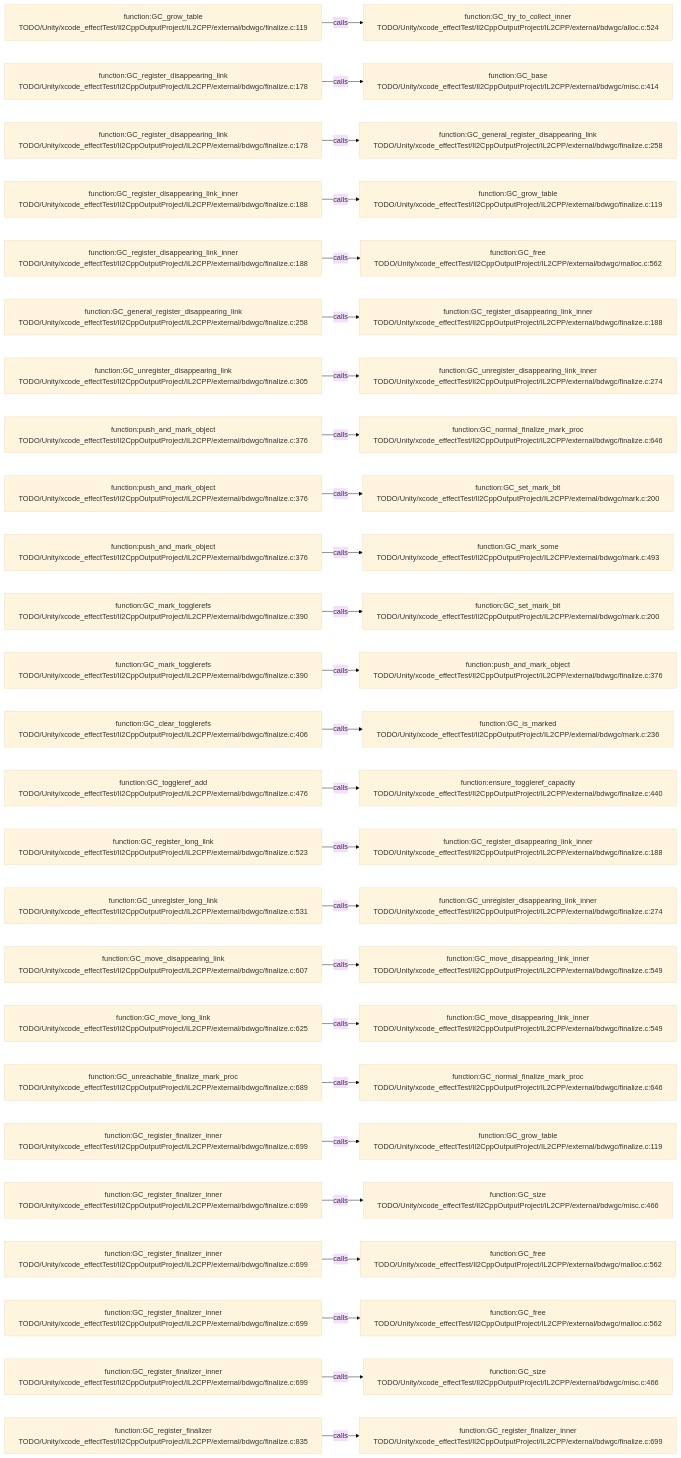
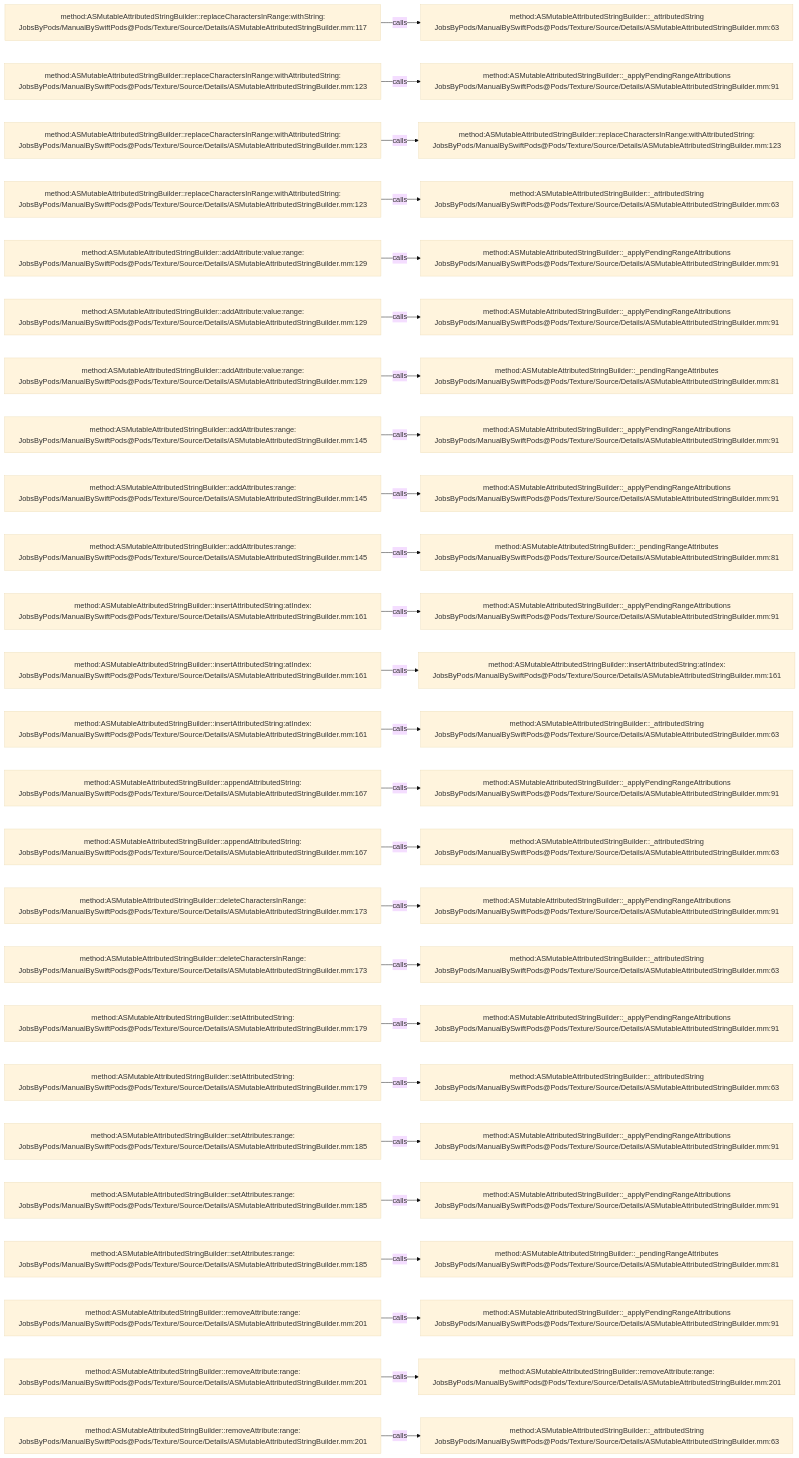
The diagram in .codegraph/codegraph.md/graphs/calls-109.md (JobsKits/JobsSwiftBaseConfigDemo), drawn with Mermaid (base theme) before and after one commit. The commit also changed 2959 other files, not shown here.

````diff
--- a/.codegraph/codegraph.md/graphs/calls-109.md
+++ b/.codegraph/codegraph.md/graphs/calls-109.md
@@ -13,78 +13,78 @@
 ```mermaid
 flowchart LR
-  S1["function:GC_grow_table<br/>TODO/Unity/xcode_effectTest/Il2CppOutputProject/IL2CPP/external/bdwgc/finalize.c:119"]
-  T1["function:GC_try_to_collect_inner<br/>TODO/Unity/xcode_effectTest/Il2CppOutputProject/IL2CPP/external/bdwgc/alloc.c:524"]
+  S1["method:ASMutableAttributedStringBuilder::replaceCharactersInRange:withString:<br/>JobsByPods/ManualBySwiftPods@Pods/Texture/Source/Details/ASMutableAttributedStringBuilder.mm:117"]
+  T1["method:ASMutableAttributedStringBuilder::_attributedString<br/>JobsByPods/ManualBySwiftPods@Pods/Texture/Source/Details/ASMutableAttributedStringBuilder.mm:63"]
   S1 -->|calls| T1
-  S2["function:GC_register_disappearing_link<br/>TODO/Unity/xcode_effectTest/Il2CppOutputProject/IL2CPP/external/bdwgc/finalize.c:178"]
-  T2["function:GC_base<br/>TODO/Unity/xcode_effectTest/Il2CppOutputProject/IL2CPP/external/bdwgc/misc.c:414"]
+  S2["method:ASMutableAttributedStringBuilder::replaceCharactersInRange:withAttributedString:<br/>JobsByPods/ManualBySwiftPods@Pods/Texture/Source/Details/ASMutableAttributedStringBuilder.mm:123"]
+  T2["method:ASMutableAttributedStringBuilder::_applyPendingRangeAttributions<br/>JobsByPods/ManualBySwiftPods@Pods/Texture/Source/Details/ASMutableAttributedStringBuilder.mm:91"]
   S2 -->|calls| T2
-  S3["function:GC_register_disappearing_link<br/>TODO/Unity/xcode_effectTest/Il2CppOutputProject/IL2CPP/external/bdwgc/finalize.c:178"]
-  T3["function:GC_general_register_disappearing_link<br/>TODO/Unity/xcode_effectTest/Il2CppOutputProject/IL2CPP/external/bdwgc/finalize.c:258"]
+  S3["method:ASMutableAttributedStringBuilder::replaceCharactersInRange:withAttributedString:<br/>JobsByPods/ManualBySwiftPods@Pods/Texture/Source/Details/ASMutableAttributedStringBuilder.mm:123"]
+  T3["method:ASMutableAttributedStringBuilder::replaceCharactersInRange:withAttributedString:<br/>JobsByPods/ManualBySwiftPods@Pods/Texture/Source/Details/ASMutableAttributedStringBuilder.mm:123"]
   S3 -->|calls| T3
-  S4["function:GC_register_disappearing_link_inner<br/>TODO/Unity/xcode_effectTest/Il2CppOutputProject/IL2CPP/external/bdwgc/finalize.c:188"]
-  T4["function:GC_grow_table<br/>TODO/Unity/xcode_effectTest/Il2CppOutputProject/IL2CPP/external/bdwgc/finalize.c:119"]
+  S4["method:ASMutableAttributedStringBuilder::replaceCharactersInRange:withAttributedString:<br/>JobsByPods/ManualBySwiftPods@Pods/Texture/Source/Details/ASMutableAttributedStringBuilder.mm:123"]
+  T4["method:ASMutableAttributedStringBuilder::_attributedString<br/>JobsByPods/ManualBySwiftPods@Pods/Texture/Source/Details/ASMutableAttributedStringBuilder.mm:63"]
   S4 -->|calls| T4
-  S5["function:GC_register_disappearing_link_inner<br/>TODO/Unity/xcode_effectTest/Il2CppOutputProject/IL2CPP/external/bdwgc/finalize.c:188"]
-  T5["function:GC_free<br/>TODO/Unity/xcode_effectTest/Il2CppOutputProject/IL2CPP/external/bdwgc/malloc.c:562"]
+  S5["method:ASMutableAttributedStringBuilder::addAttribute:value:range:<br/>JobsByPods/ManualBySwiftPods@Pods/Texture/Source/Details/ASMutableAttributedStringBuilder.mm:129"]
+  T5["method:ASMutableAttributedStringBuilder::_applyPendingRangeAttributions<br/>JobsByPods/ManualBySwiftPods@Pods/Texture/Source/Details/ASMutableAttributedStringBuilder.mm:91"]
   S5 -->|calls| T5
-  S6["function:GC_general_register_disappearing_link<br/>TODO/Unity/xcode_effectTest/Il2CppOutputProject/IL2CPP/external/bdwgc/finalize.c:258"]
-  T6["function:GC_register_disappearing_link_inner<br/>TODO/Unity/xcode_effectTest/Il2CppOutputProject/IL2CPP/external/bdwgc/finalize.c:188"]
+  S6["method:ASMutableAttributedStringBuilder::addAttribute:value:range:<br/>JobsByPods/ManualBySwiftPods@Pods/Texture/Source/Details/ASMutableAttributedStringBuilder.mm:129"]
+  T6["method:ASMutableAttributedStringBuilder::_applyPendingRangeAttributions<br/>JobsByPods/ManualBySwiftPods@Pods/Texture/Source/Details/ASMutableAttributedStringBuilder.mm:91"]
   S6 -->|calls| T6
-  S7["function:GC_unregister_disappearing_link<br/>TODO/Unity/xcode_effectTest/Il2CppOutputProject/IL2CPP/external/bdwgc/finalize.c:305"]
-  T7["function:GC_unregister_disappearing_link_inner<br/>TODO/Unity/xcode_effectTest/Il2CppOutputProject/IL2CPP/external/bdwgc/finalize.c:274"]
+  S7["method:ASMutableAttributedStringBuilder::addAttribute:value:range:<br/>JobsByPods/ManualBySwiftPods@Pods/Texture/Source/Details/ASMutableAttributedStringBuilder.mm:129"]
+  T7["method:ASMutableAttributedStringBuilder::_pendingRangeAttributes<br/>JobsByPods/ManualBySwiftPods@Pods/Texture/Source/Details/ASMutableAttributedStringBuilder.mm:81"]
   S7 -->|calls| T7
-  S8["function:push_and_mark_object<br/>TODO/Unity/xcode_effectTest/Il2CppOutputProject/IL2CPP/external/bdwgc/finalize.c:376"]
-  T8["function:GC_normal_finalize_mark_proc<br/>TODO/Unity/xcode_effectTest/Il2CppOutputProject/IL2CPP/external/bdwgc/finalize.c:646"]
+  S8["method:ASMutableAttributedStringBuilder::addAttributes:range:<br/>JobsByPods/ManualBySwiftPods@Pods/Texture/Source/Details/ASMutableAttributedStringBuilder.mm:145"]
+  T8["method:ASMutableAttributedStringBuilder::_applyPendingRangeAttributions<br/>JobsByPods/ManualBySwiftPods@Pods/Texture/Source/Details/ASMutableAttributedStringBuilder.mm:91"]
   S8 -->|calls| T8
-  S9["function:push_and_mark_object<br/>TODO/Unity/xcode_effectTest/Il2CppOutputProject/IL2CPP/external/bdwgc/finalize.c:376"]
-  T9["function:GC_set_mark_bit<br/>TODO/Unity/xcode_effectTest/Il2CppOutputProject/IL2CPP/external/bdwgc/mark.c:200"]
+  S9["method:ASMutableAttributedStringBuilder::addAttributes:range:<br/>JobsByPods/ManualBySwiftPods@Pods/Texture/Source/Details/ASMutableAttributedStringBuilder.mm:145"]
+  T9["method:ASMutableAttributedStringBuilder::_applyPendingRangeAttributions<br/>JobsByPods/ManualBySwiftPods@Pods/Texture/Source/Details/ASMutableAttributedStringBuilder.mm:91"]
   S9 -->|calls| T9
-  S10["function:push_and_mark_object<br/>TODO/Unity/xcode_effectTest/Il2CppOutputProject/IL2CPP/external/bdwgc/finalize.c:376"]
-  T10["function:GC_mark_some<br/>TODO/Unity/xcode_effectTest/Il2CppOutputProject/IL2CPP/external/bdwgc/mark.c:493"]
+  S10["method:ASMutableAttributedStringBuilder::addAttributes:range:<br/>JobsByPods/ManualBySwiftPods@Pods/Texture/Source/Details/ASMutableAttributedStringBuilder.mm:145"]
+  T10["method:ASMutableAttributedStringBuilder::_pendingRangeAttributes<br/>JobsByPods/ManualBySwiftPods@Pods/Texture/Source/Details/ASMutableAttributedStringBuilder.mm:81"]
   S10 -->|calls| T10
-  S11["function:GC_mark_togglerefs<br/>TODO/Unity/xcode_effectTest/Il2CppOutputProject/IL2CPP/external/bdwgc/finalize.c:390"]
-  T11["function:GC_set_mark_bit<br/>TODO/Unity/xcode_effectTest/Il2CppOutputProject/IL2CPP/external/bdwgc/mark.c:200"]
+  S11["method:ASMutableAttributedStringBuilder::insertAttributedString:atIndex:<br/>JobsByPods/ManualBySwiftPods@Pods/Texture/Source/Details/ASMutableAttributedStringBuilder.mm:161"]
+  T11["method:ASMutableAttributedStringBuilder::_applyPendingRangeAttributions<br/>JobsByPods/ManualBySwiftPods@Pods/Texture/Source/Details/ASMutableAttributedStringBuilder.mm:91"]
   S11 -->|calls| T11
-  S12["function:GC_mark_togglerefs<br/>TODO/Unity/xcode_effectTest/Il2CppOutputProject/IL2CPP/external/bdwgc/finalize.c:390"]
-  T12["function:push_and_mark_object<br/>TODO/Unity/xcode_effectTest/Il2CppOutputProject/IL2CPP/external/bdwgc/finalize.c:376"]
+  S12["method:ASMutableAttributedStringBuilder::insertAttributedString:atIndex:<br/>JobsByPods/ManualBySwiftPods@Pods/Texture/Source/Details/ASMutableAttributedStringBuilder.mm:161"]
+  T12["method:ASMutableAttributedStringBuilder::insertAttributedString:atIndex:<br/>JobsByPods/ManualBySwiftPods@Pods/Texture/Source/Details/ASMutableAttributedStringBuilder.mm:161"]
   S12 -->|calls| T12
-  S13["function:GC_clear_togglerefs<br/>TODO/Unity/xcode_effectTest/Il2CppOutputProject/IL2CPP/external/bdwgc/finalize.c:406"]
-  T13["function:GC_is_marked<br/>TODO/Unity/xcode_effectTest/Il2CppOutputProject/IL2CPP/external/bdwgc/mark.c:236"]
+  S13["method:ASMutableAttributedStringBuilder::insertAttributedString:atIndex:<br/>JobsByPods/ManualBySwiftPods@Pods/Texture/Source/Details/ASMutableAttributedStringBuilder.mm:161"]
+  T13["method:ASMutableAttributedStringBuilder::_attributedString<br/>JobsByPods/ManualBySwiftPods@Pods/Texture/Source/Details/ASMutableAttributedStringBuilder.mm:63"]
   S13 -->|calls| T13
-  S14["function:GC_toggleref_add<br/>TODO/Unity/xcode_effectTest/Il2CppOutputProject/IL2CPP/external/bdwgc/finalize.c:476"]
-  T14["function:ensure_toggleref_capacity<br/>TODO/Unity/xcode_effectTest/Il2CppOutputProject/IL2CPP/external/bdwgc/finalize.c:440"]
+  S14["method:ASMutableAttributedStringBuilder::appendAttributedString:<br/>JobsByPods/ManualBySwiftPods@Pods/Texture/Source/Details/ASMutableAttributedStringBuilder.mm:167"]
+  T14["method:ASMutableAttributedStringBuilder::_applyPendingRangeAttributions<br/>JobsByPods/ManualBySwiftPods@Pods/Texture/Source/Details/ASMutableAttributedStringBuilder.mm:91"]
   S14 -->|calls| T14
-  S15["function:GC_register_long_link<br/>TODO/Unity/xcode_effectTest/Il2CppOutputProject/IL2CPP/external/bdwgc/finalize.c:523"]
-  T15["function:GC_register_disappearing_link_inner<br/>TODO/Unity/xcode_effectTest/Il2CppOutputProject/IL2CPP/external/bdwgc/finalize.c:188"]
+  S15["method:ASMutableAttributedStringBuilder::appendAttributedString:<br/>JobsByPods/ManualBySwiftPods@Pods/Texture/Source/Details/ASMutableAttributedStringBuilder.mm:167"]
+  T15["method:ASMutableAttributedStringBuilder::_attributedString<br/>JobsByPods/ManualBySwiftPods@Pods/Texture/Source/Details/ASMutableAttributedStringBuilder.mm:63"]
   S15 -->|calls| T15
-  S16["function:GC_unregister_long_link<br/>TODO/Unity/xcode_effectTest/Il2CppOutputProject/IL2CPP/external/bdwgc/finalize.c:531"]
-  T16["function:GC_unregister_disappearing_link_inner<br/>TODO/Unity/xcode_effectTest/Il2CppOutputProject/IL2CPP/external/bdwgc/finalize.c:274"]
+  S16["method:ASMutableAttributedStringBuilder::deleteCharactersInRange:<br/>JobsByPods/ManualBySwiftPods@Pods/Texture/Source/Details/ASMutableAttributedStringBuilder.mm:173"]
+  T16["method:ASMutableAttributedStringBuilder::_applyPendingRangeAttributions<br/>JobsByPods/ManualBySwiftPods@Pods/Texture/Source/Details/ASMutableAttributedStringBuilder.mm:91"]
   S16 -->|calls| T16
-  S17["function:GC_move_disappearing_link<br/>TODO/Unity/xcode_effectTest/Il2CppOutputProject/IL2CPP/external/bdwgc/finalize.c:607"]
-  T17["function:GC_move_disappearing_link_inner<br/>TODO/Unity/xcode_effectTest/Il2CppOutputProject/IL2CPP/external/bdwgc/finalize.c:549"]
+  S17["method:ASMutableAttributedStringBuilder::deleteCharactersInRange:<br/>JobsByPods/ManualBySwiftPods@Pods/Texture/Source/Details/ASMutableAttributedStringBuilder.mm:173"]
+  T17["method:ASMutableAttributedStringBuilder::_attributedString<br/>JobsByPods/ManualBySwiftPods@Pods/Texture/Source/Details/ASMutableAttributedStringBuilder.mm:63"]
   S17 -->|calls| T17
-  S18["function:GC_move_long_link<br/>TODO/Unity/xcode_effectTest/Il2CppOutputProject/IL2CPP/external/bdwgc/finalize.c:625"]
-  T18["function:GC_move_disappearing_link_inner<br/>TODO/Unity/xcode_effectTest/Il2CppOutputProject/IL2CPP/external/bdwgc/finalize.c:549"]
+  S18["method:ASMutableAttributedStringBuilder::setAttributedString:<br/>JobsByPods/ManualBySwiftPods@Pods/Texture/Source/Details/ASMutableAttributedStringBuilder.mm:179"]
+  T18["method:ASMutableAttributedStringBuilder::_applyPendingRangeAttributions<br/>JobsByPods/ManualBySwiftPods@Pods/Texture/Source/Details/ASMutableAttributedStringBuilder.mm:91"]
   S18 -->|calls| T18
-  S19["function:GC_unreachable_finalize_mark_proc<br/>TODO/Unity/xcode_effectTest/Il2CppOutputProject/IL2CPP/external/bdwgc/finalize.c:689"]
-  T19["function:GC_normal_finalize_mark_proc<br/>TODO/Unity/xcode_effectTest/Il2CppOutputProject/IL2CPP/external/bdwgc/finalize.c:646"]
+  S19["method:ASMutableAttributedStringBuilder::setAttributedString:<br/>JobsByPods/ManualBySwiftPods@Pods/Texture/Source/Details/ASMutableAttributedStringBuilder.mm:179"]
+  T19["method:ASMutableAttributedStringBuilder::_attributedString<br/>JobsByPods/ManualBySwiftPods@Pods/Texture/Source/Details/ASMutableAttributedStringBuilder.mm:63"]
   S19 -->|calls| T19
-  S20["function:GC_register_finalizer_inner<br/>TODO/Unity/xcode_effectTest/Il2CppOutputProject/IL2CPP/external/bdwgc/finalize.c:699"]
-  T20["function:GC_grow_table<br/>TODO/Unity/xcode_effectTest/Il2CppOutputProject/IL2CPP/external/bdwgc/finalize.c:119"]
+  S20["method:ASMutableAttributedStringBuilder::setAttributes:range:<br/>JobsByPods/ManualBySwiftPods@Pods/Texture/Source/Details/ASMutableAttributedStringBuilder.mm:185"]
+  T20["method:ASMutableAttributedStringBuilder::_applyPendingRangeAttributions<br/>JobsByPods/ManualBySwiftPods@Pods/Texture/Source/Details/ASMutableAttributedStringBuilder.mm:91"]
   S20 -->|calls| T20
-  S21["function:GC_register_finalizer_inner<br/>TODO/Unity/xcode_effectTest/Il2CppOutputProject/IL2CPP/external/bdwgc/finalize.c:699"]
-  T21["function:GC_size<br/>TODO/Unity/xcode_effectTest/Il2CppOutputProject/IL2CPP/external/bdwgc/misc.c:466"]
+  S21["method:ASMutableAttributedStringBuilder::setAttributes:range:<br/>JobsByPods/ManualBySwiftPods@Pods/Texture/Source/Details/ASMutableAttributedStringBuilder.mm:185"]
+  T21["method:ASMutableAttributedStringBuilder::_applyPendingRangeAttributions<br/>JobsByPods/ManualBySwiftPods@Pods/Texture/Source/Details/ASMutableAttributedStringBuilder.mm:91"]
   S21 -->|calls| T21
-  S22["function:GC_register_finalizer_inner<br/>TODO/Unity/xcode_effectTest/Il2CppOutputProject/IL2CPP/external/bdwgc/finalize.c:699"]
-  T22["function:GC_free<br/>TODO/Unity/xcode_effectTest/Il2CppOutputProject/IL2CPP/external/bdwgc/malloc.c:562"]
+  S22["method:ASMutableAttributedStringBuilder::setAttributes:range:<br/>JobsByPods/ManualBySwiftPods@Pods/Texture/Source/Details/ASMutableAttributedStringBuilder.mm:185"]
+  T22["method:ASMutableAttributedStringBuilder::_pendingRangeAttributes<br/>JobsByPods/ManualBySwiftPods@Pods/Texture/Source/Details/ASMutableAttributedStringBuilder.mm:81"]
   S22 -->|calls| T22
-  S23["function:GC_register_finalizer_inner<br/>TODO/Unity/xcode_effectTest/Il2CppOutputProject/IL2CPP/external/bdwgc/finalize.c:699"]
-  T23["function:GC_free<br/>TODO/Unity/xcode_effectTest/Il2CppOutputProject/IL2CPP/external/bdwgc/malloc.c:562"]
+  S23["method:ASMutableAttributedStringBuilder::removeAttribute:range:<br/>JobsByPods/ManualBySwiftPods@Pods/Texture/Source/Details/ASMutableAttributedStringBuilder.mm:201"]
+  T23["method:ASMutableAttributedStringBuilder::_applyPendingRangeAttributions<br/>JobsByPods/ManualBySwiftPods@Pods/Texture/Source/Details/ASMutableAttributedStringBuilder.mm:91"]
   S23 -->|calls| T23
-  S24["function:GC_register_finalizer_inner<br/>TODO/Unity/xcode_effectTest/Il2CppOutputProject/IL2CPP/external/bdwgc/finalize.c:699"]
-  T24["function:GC_size<br/>TODO/Unity/xcode_effectTest/Il2CppOutputProject/IL2CPP/external/bdwgc/misc.c:466"]
+  S24["method:ASMutableAttributedStringBuilder::removeAttribute:range:<br/>JobsByPods/ManualBySwiftPods@Pods/Texture/Source/Details/ASMutableAttributedStringBuilder.mm:201"]
+  T24["method:ASMutableAttributedStringBuilder::removeAttribute:range:<br/>JobsByPods/ManualBySwiftPods@Pods/Texture/Source/Details/ASMutableAttributedStringBuilder.mm:201"]
   S24 -->|calls| T24
-  S25["function:GC_register_finalizer<br/>TODO/Unity/xcode_effectTest/Il2CppOutputProject/IL2CPP/external/bdwgc/finalize.c:835"]
-  T25["function:GC_register_finalizer_inner<br/>TODO/Unity/xcode_effectTest/Il2CppOutputProject/IL2CPP/external/bdwgc/finalize.c:699"]
+  S25["method:ASMutableAttributedStringBuilder::removeAttribute:range:<br/>JobsByPods/ManualBySwiftPods@Pods/Texture/Source/Details/ASMutableAttributedStringBuilder.mm:201"]
+  T25["method:ASMutableAttributedStringBuilder::_attributedString<br/>JobsByPods/ManualBySwiftPods@Pods/Texture/Source/Details/ASMutableAttributedStringBuilder.mm:63"]
   S25 -->|calls| T25
 ```
````
